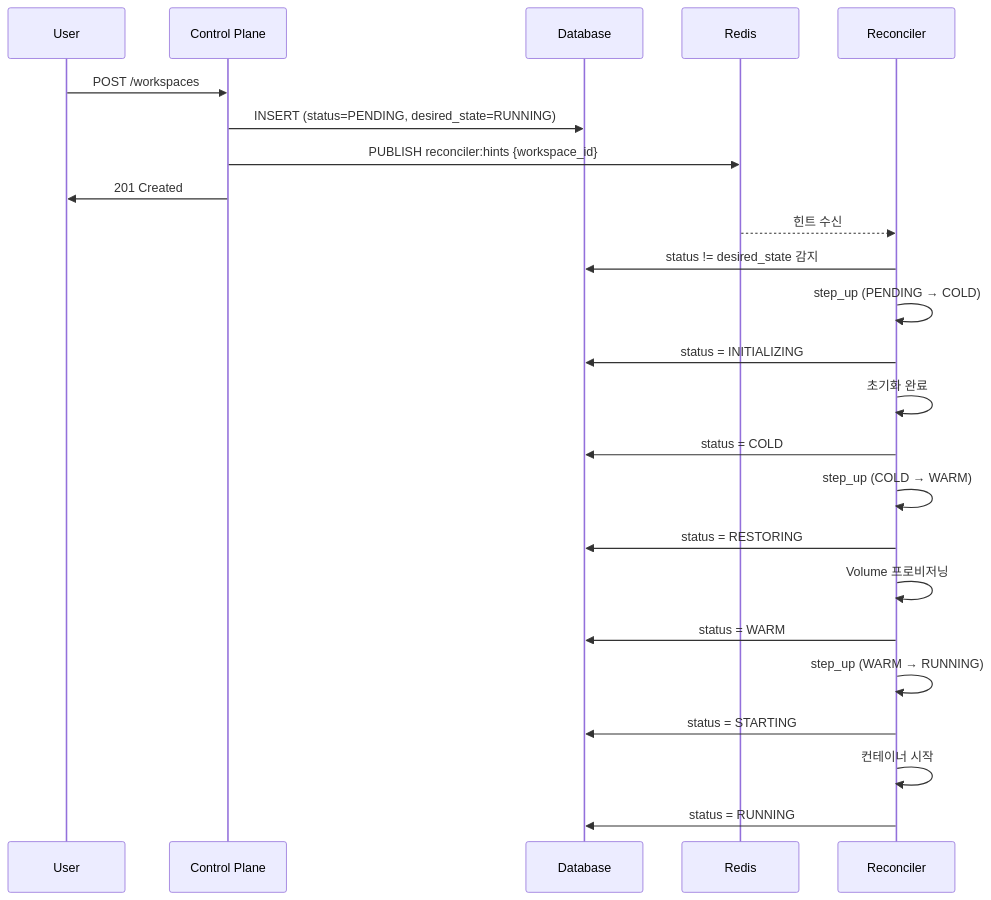
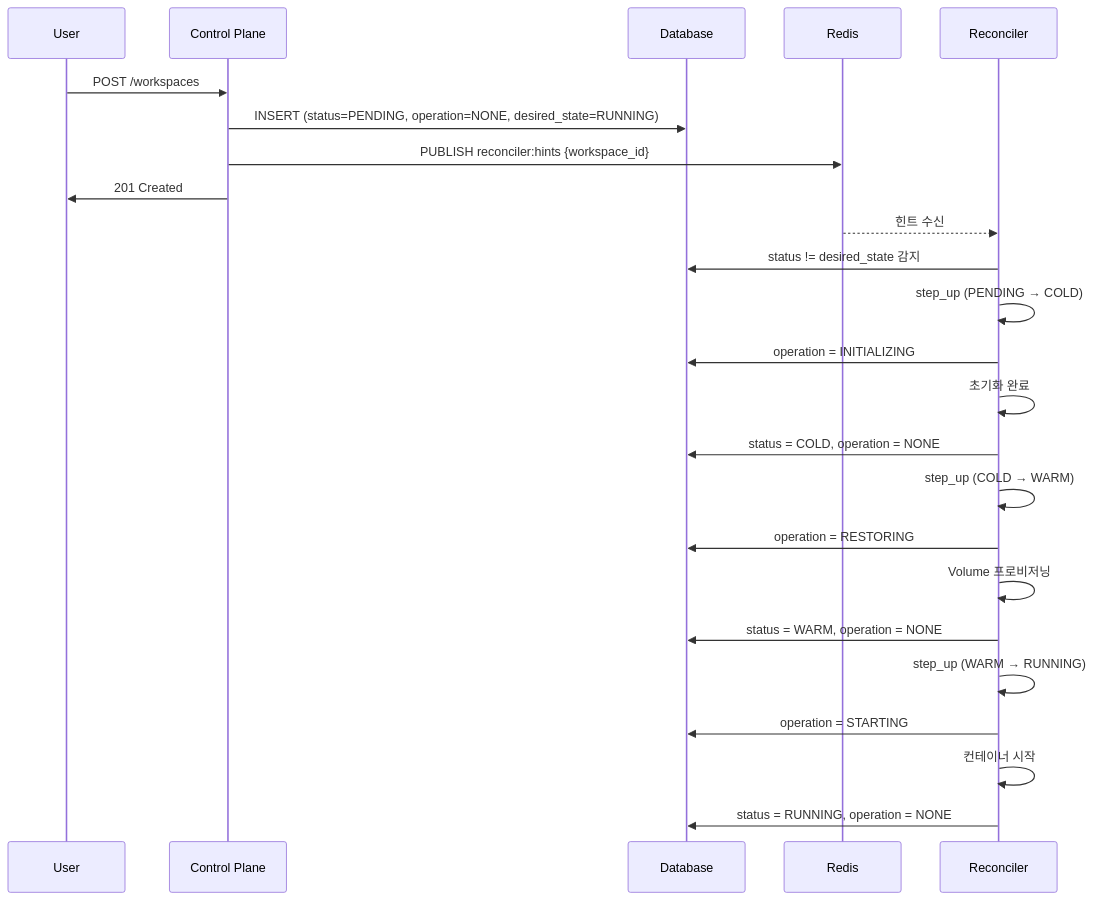
Before and after one commit to cagojeiger/code-hub: the first of 10 diagrams in docs/spec_v2/flows.md, drawn with Mermaid. The commit also changed other lines of this file and 4 other files, not shown here.

First line of the commit message:
docs(adr): add ADR-009 for status + operation separation

````diff
--- a/docs/spec_v2/flows.md
+++ b/docs/spec_v2/flows.md
@@ -17,30 +17,30 @@
 ```mermaid
 sequenceDiagram
     participant U as User
     participant API as Control Plane
     participant DB as Database
     participant Redis as Redis
     participant R as Reconciler
 
     U->>API: POST /workspaces
-    API->>DB: INSERT (status=PENDING, desired_state=RUNNING)
+    API->>DB: INSERT (status=PENDING, operation=NONE, desired_state=RUNNING)
     API->>Redis: PUBLISH reconciler:hints {workspace_id}
     API->>U: 201 Created
 
     Redis-->>R: 힌트 수신
     R->>DB: status != desired_state 감지
     R->>R: step_up (PENDING → COLD)
-    R->>DB: status = INITIALIZING
+    R->>DB: operation = INITIALIZING
     R->>R: 초기화 완료
-    R->>DB: status = COLD
+    R->>DB: status = COLD, operation = NONE
 
     R->>R: step_up (COLD → WARM)
-    R->>DB: status = RESTORING
+    R->>DB: operation = RESTORING
     R->>R: Volume 프로비저닝
-    R->>DB: status = WARM
+    R->>DB: status = WARM, operation = NONE
 
     R->>R: step_up (WARM → RUNNING)
-    R->>DB: status = STARTING
+    R->>DB: operation = STARTING
     R->>R: 컨테이너 시작
-    R->>DB: status = RUNNING
+    R->>DB: status = RUNNING, operation = NONE
 ```
````
